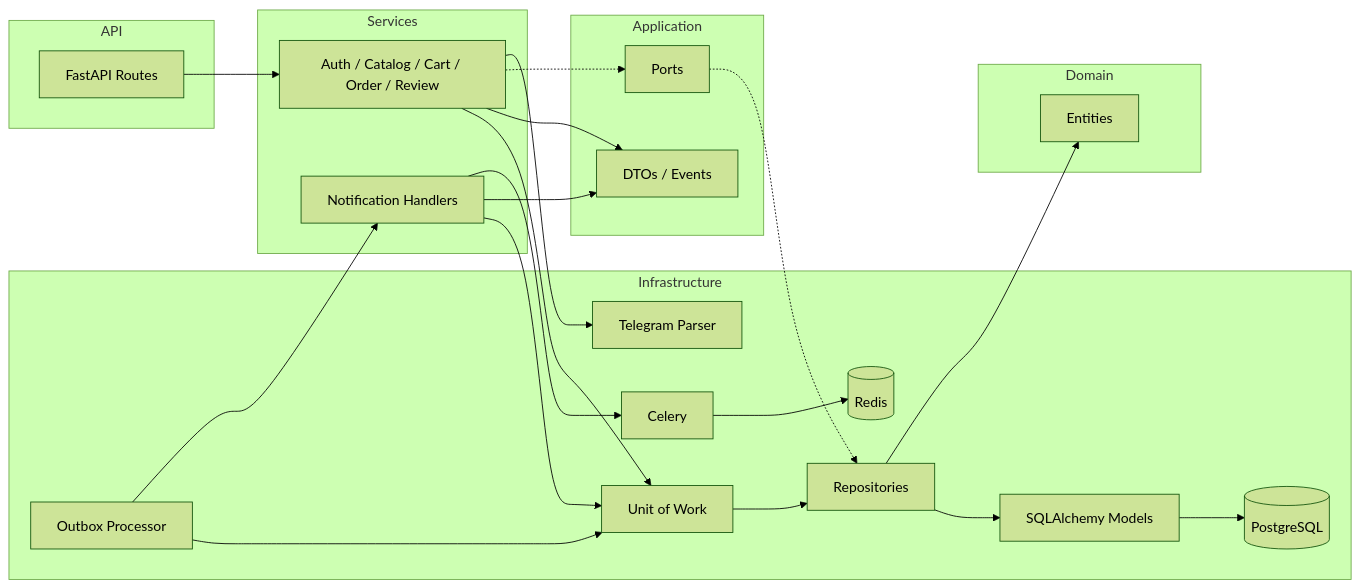
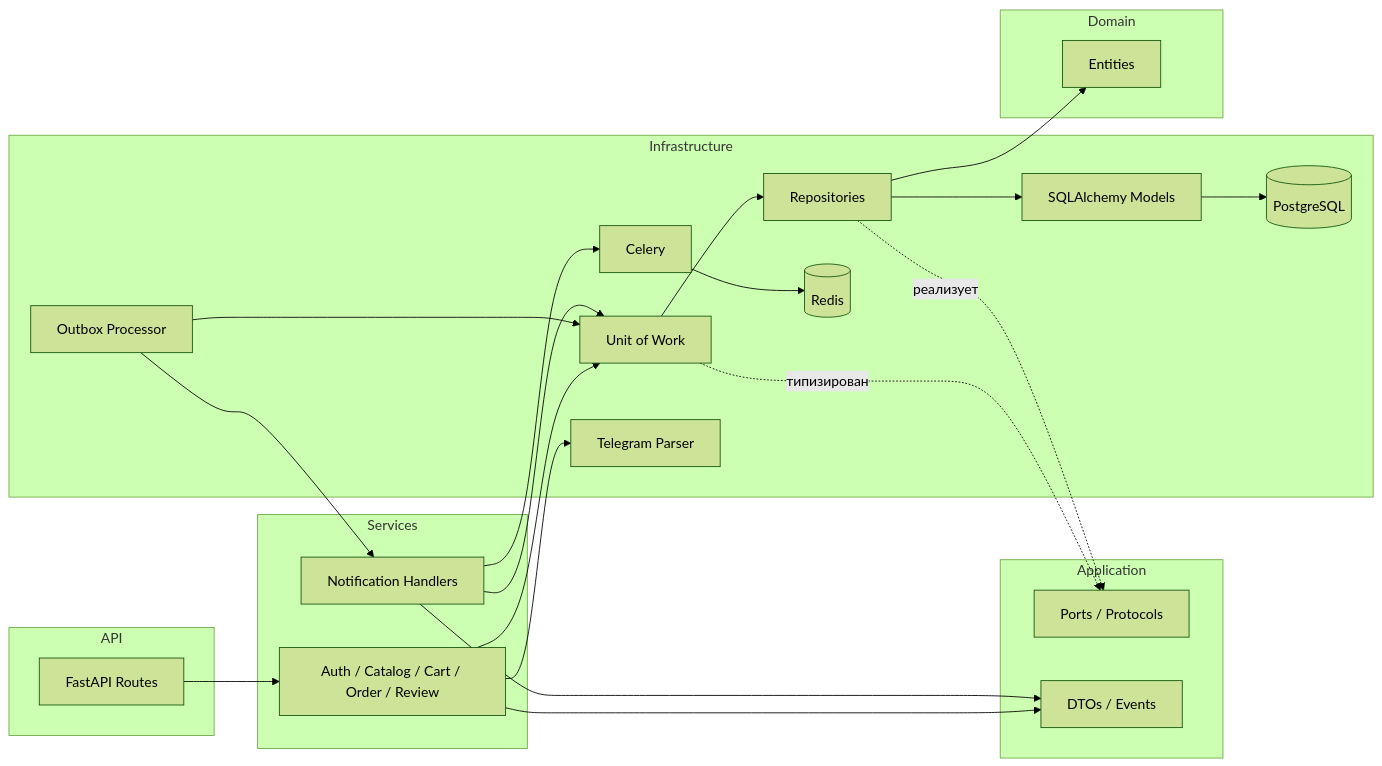
One commit to Mist3s/leaf-flow changed the diagram in README.md. Above: the diagram before and after it, drawn with Mermaid (forest theme).

Commit message:
refactor: update README.md

````diff
--- a/README.md
+++ b/README.md
@@ -99,50 +99,49 @@
 ```mermaid
 graph LR
     subgraph API
         Routes[FastAPI Routes]
     end
 
     subgraph Services
         SVC[Auth / Catalog / Cart / Order / Review]
         HANDLERS[Notification Handlers]
     end
 
     subgraph Application
-        PORTS[Ports]
+        PORTS[Ports / Protocols]
         DTO[DTOs / Events]
     end
 
     subgraph Infrastructure
         UOW[Unit of Work]
         REPO[Repositories]
         MODELS[SQLAlchemy Models]
         DB[(PostgreSQL)]
         OUTBOX[Outbox Processor]
         CELERY[Celery]
         REDIS[(Redis)]
         TELEGRAM[Telegram Parser]
     end
 
     subgraph Domain
         ENTITIES[Entities]
     end
 
     Routes --> SVC
+    SVC --> DTO
     SVC --> UOW
-    SVC --> DTO
+    SVC --> TELEGRAM
+    UOW -.->|типизирован| PORTS
     UOW --> REPO
+    REPO -.->|реализует| PORTS
     REPO --> MODELS
+    REPO --> ENTITIES
     MODELS --> DB
-    REPO --> ENTITIES
-    SVC -.-> PORTS
-    PORTS -.-> REPO
 
     OUTBOX --> UOW
     OUTBOX --> HANDLERS
     HANDLERS --> UOW
     HANDLERS --> DTO
     HANDLERS --> CELERY
     CELERY --> REDIS
-
-    SVC --> TELEGRAM
 ```
````
